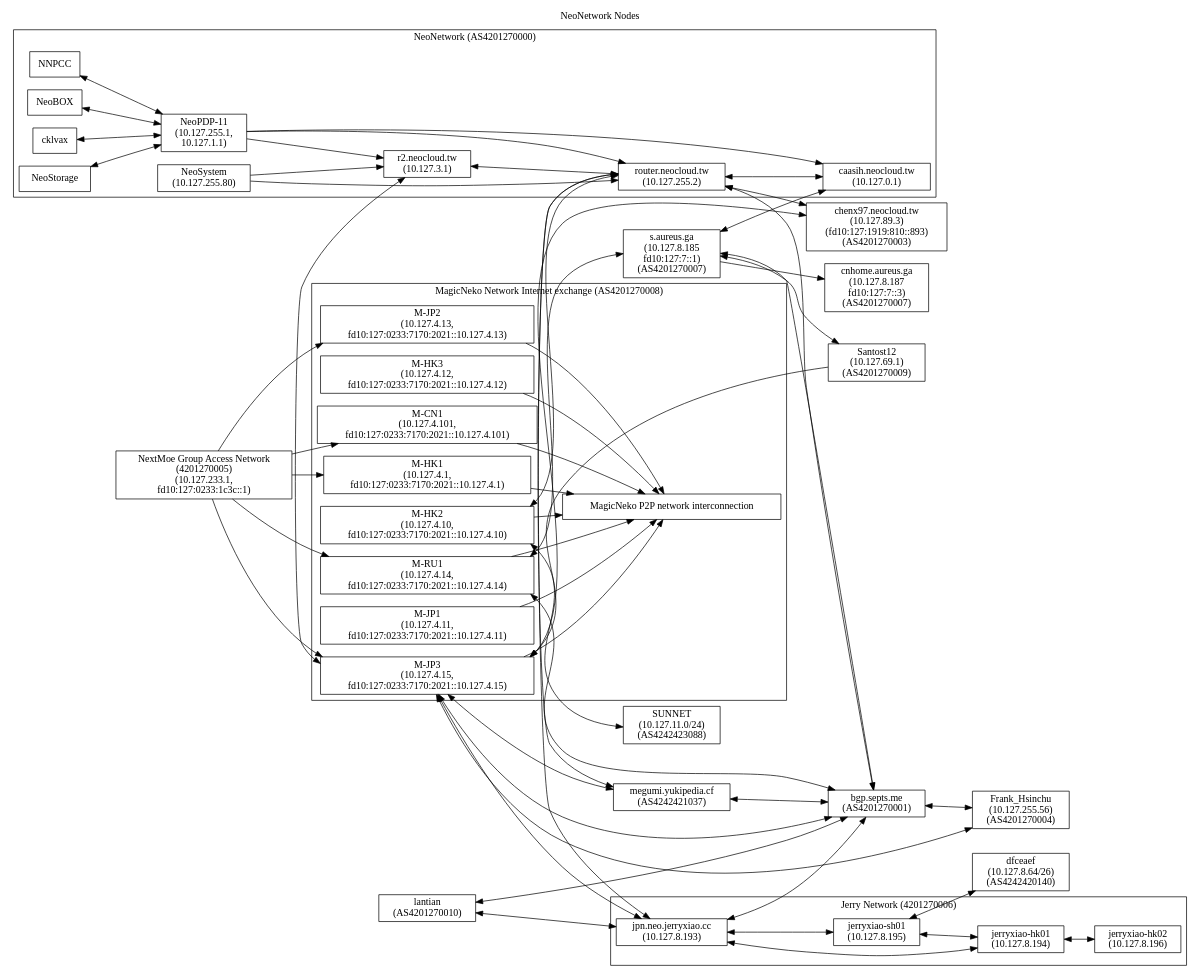
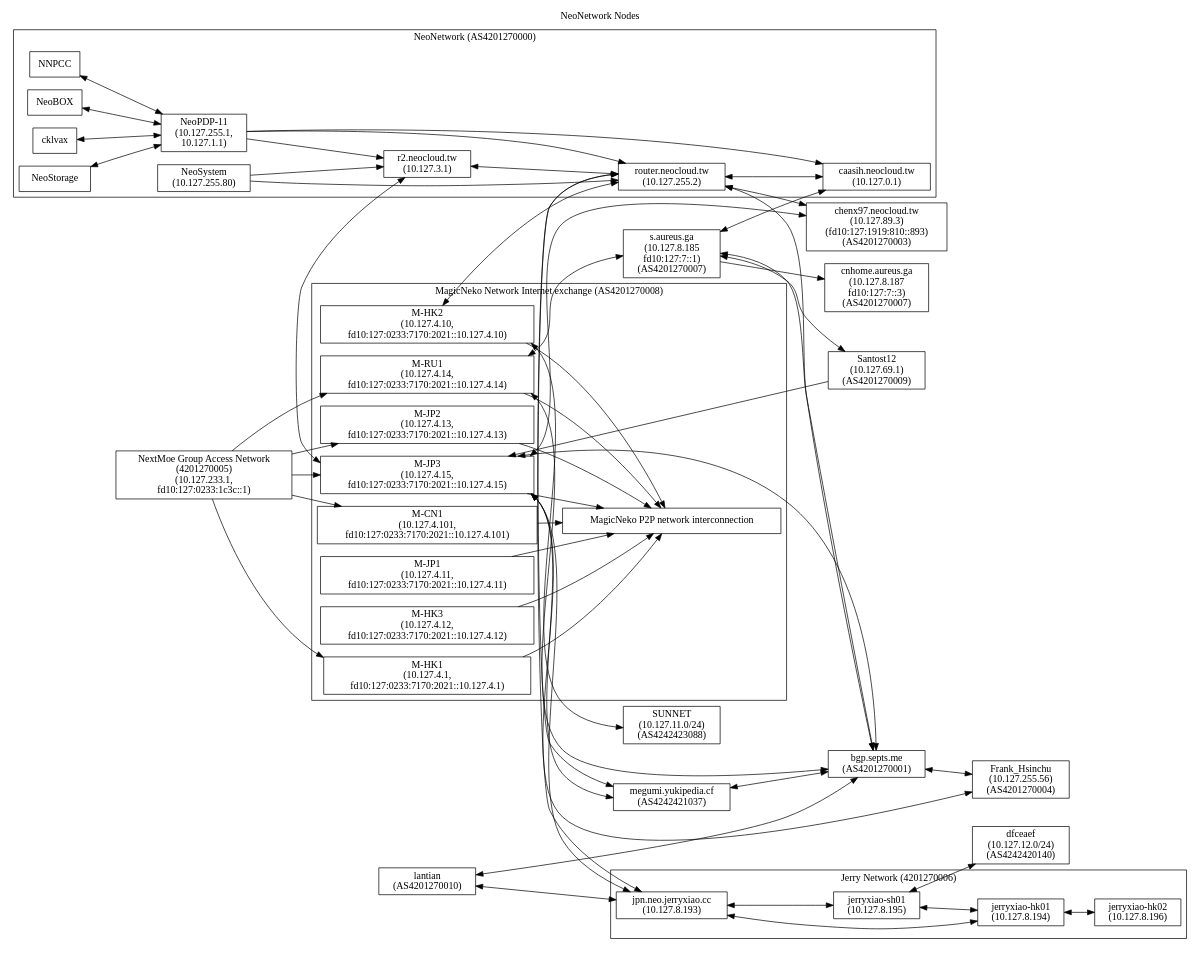
The diagram in nodes.dot (NeoCloud/NeoNetwork), drawn with Graphviz before and after one commit. The commit also changed 1 other file, not shown here.

```diff
--- a/nodes.dot
+++ b/nodes.dot
@@ -1,109 +1,108 @@
 digraph "NeoNetwork Nodes"
 {
 	label="NeoNetwork Nodes";
 	labelloc="t";
 	rankdir=LR;
 	node [shape=box]
 	c [label="caasih.neocloud.tw\n(10.127.0.1)"]
 	ucbvax [label="router.neocloud.tw\n(10.127.255.2)"]
 	np11 [label="NeoPDP-11\n(10.127.255.1,\n10.127.1.1)"]
 	ns [label="NeoSystem\n(10.127.255.80)"]
 	megumiLHS [label="megumi.yukipedia.cf\n(AS4242421037)"]
 	pan [label="r2.neocloud.tw\n(10.127.3.1)"]
 	icecat_Explosion [label="MagicNeko P2P network interconnection"]
 	icecat_Notebook [label="NextMoe Group Access Network\n(4201270005)\n(10.127.233.1,\nfd10:127:0233:1c3c::1)"]
 	magicneko_HK01 [label="M-HK1\n(10.127.4.1,\nfd10:127:0233:7170:2021::10.127.4.1)"]
 	magicneko_HK02 [label="M-HK2\n(10.127.4.10,\nfd10:127:0233:7170:2021::10.127.4.10)"]
 	magicneko_JP01 [label="M-JP1\n(10.127.4.11,\nfd10:127:0233:7170:2021::10.127.4.11)"]
 	magicneko_HK03 [label="M-HK3\n(10.127.4.12,\nfd10:127:0233:7170:2021::10.127.4.12)"]
 	magicneko_JP02 [label="M-JP2\n(10.127.4.13,\nfd10:127:0233:7170:2021::10.127.4.13)"]
 	magicneko_RU01 [label="M-RU1\n(10.127.4.14,\nfd10:127:0233:7170:2021::10.127.4.14)"]
 	magicneko_JP03 [label="M-JP3\n(10.127.4.15,\nfd10:127:0233:7170:2021::10.127.4.15)"]
 	magicneko_CN01 [label="M-CN1\n(10.127.4.101,\nfd10:127:0233:7170:2021::10.127.4.101)"]
 	staph [label="s.aureus.ga\n(10.127.8.185\nfd10:127:7::1)\n(AS4201270007)"]
 	staph_CN [label="cnhome.aureus.ga\n(10.127.8.187\nfd10:127:7::3)\n(AS4201270007)"]
 	chenx97 [label="chenx97.neocloud.tw\n(10.127.89.3)\n(fd10:127:1919:810::893)\n(AS4201270003)"]
 	JerryXiao [label="jpn.neo.jerryxiao.cc\n(10.127.8.193)"]
 	JerryXiao_SH01 [label="jerryxiao-sh01\n(10.127.8.195)"]
 	JerryXiao_HK01 [label="jerryxiao-hk01\n(10.127.8.194)"]
 	JerryXiao_HK02 [label="jerryxiao-hk02\n(10.127.8.196)"]
 	septs [label="bgp.septs.me\n(AS4201270001)"]
 	lantian [label="lantian\n(AS4201270010)"]
-	dfceaef [label="dfceaef\n(10.127.8.64/26)\n(AS4242420140)"]
+	dfceaef [label="dfceaef\n(10.127.12.0/24)\n(AS4242420140)"]
 	SUNNET [label="SUNNET\n(10.127.11.0/24)\n(AS4242423088)"]
 	santost12 [label="Santost12\n(10.127.69.1)\n(AS4201270009)"]
 	frank_hsinchu [label="Frank_Hsinchu\n(10.127.255.56)\n(AS4201270004)"]
 
 	subgraph cluster_AS4201270000
 	{
 		label = "NeoNetwork (AS4201270000)";
 
 		NNPCC -> np11 [dir=both]
 		NeoBOX -> np11 [dir=both]
 		cklvax -> np11 [dir=both]
 		NeoStorage -> np11 [dir=both]
 		np11 -> ucbvax
 		np11 -> pan
 		np11 -> c
 		ucbvax -> c [dir=both]
 		ns -> ucbvax
 		ns -> pan
 		pan -> ucbvax [dir=both]
 	}
 
 	megumiLHS -> ucbvax [dir=both]
 	magicneko_HK02 -> ucbvax [dir=both]
 	c -> staph [dir=both]
 	staph -> staph_CN
 	ucbvax -> chenx97 [dir=both]
 
 	subgraph cluster_4201270008
 	{
 		label="MagicNeko Network Internet exchange (AS4201270008)";
 
 		magicneko_HK01 -> icecat_Explosion
 		magicneko_HK02 -> icecat_Explosion
 		magicneko_JP01 -> icecat_Explosion
 		magicneko_HK03 -> icecat_Explosion
 		magicneko_JP02 -> icecat_Explosion
 		magicneko_RU01 -> icecat_Explosion
 		magicneko_JP03 -> icecat_Explosion
 		magicneko_CN01 -> icecat_Explosion
 	}
 
 	subgraph cluster_4201270006
 	{
 		label="Jerry Network (4201270006)";
 
 		JerryXiao -> JerryXiao_SH01 [dir=both]
 		JerryXiao -> JerryXiao_HK01 [dir=both]
 		JerryXiao_SH01 -> JerryXiao_HK01 [dir=both]
 		JerryXiao_HK01 -> JerryXiao_HK02 [dir=both]
 	}
 
 	JerryXiao -> ucbvax [dir=both]
-	JerryXiao -> septs [dir=both]
 	JerryXiao_SH01 -> dfceaef [dir=both]
 	magicneko_JP03 -> JerryXiao [dir=both]
 	lantian -> septs [dir=both]
 	lantian -> JerryXiao [dir=both]
 	magicneko_JP03 -> septs [dir=both]
 	staph -> septs [dir=both]
 	ucbvax -> septs [dir=both]
 	magicneko_JP03 -> chenx97 [dir=both]
 	magicneko_RU01 -> staph [dir=both]
 	megumiLHS -> septs [dir=both]
 	magicneko_HK02 -> SUNNET [dir=both]
 	staph -> santost12 [dir=both]
 	magicneko_RU01 -> septs [dir=both]
 	magicneko_JP03 -> megumiLHS [dir=both]
 	magicneko_JP03 -> frank_hsinchu [dir=both]
 	septs	->	frank_hsinchu	[dir=both]
 	icecat_Notebook -> magicneko_HK01
 	icecat_Notebook -> magicneko_JP03
 	icecat_Notebook -> magicneko_RU01
 	icecat_Notebook -> magicneko_CN01
 	icecat_Notebook -> magicneko_JP02
 	santost12	-> magicneko_JP03
 	pan -> magicneko_JP03 [dir=both]
 }
```
